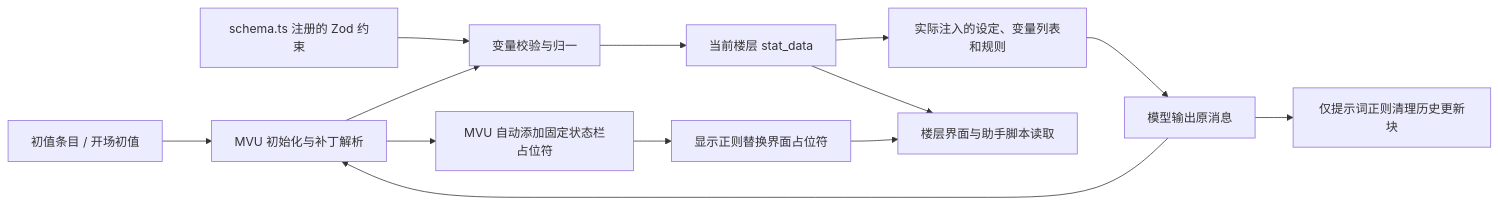
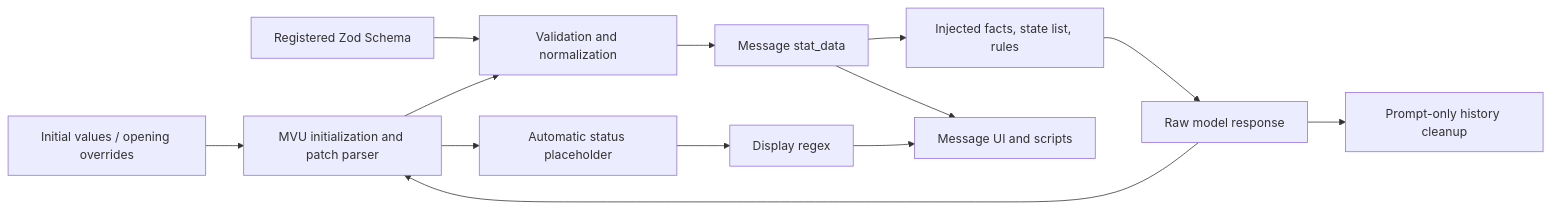
The diagram in docs/COMPLEX-CARDS.md (fadust/TavernCardStudio-Public-EN), drawn with Mermaid before and after one commit. The commit also changed other lines of this file and 712 other files, not shown here.

Commit message:
Localize TavernCardStudio to English with legacy schema compatibility

````diff
--- a/docs/COMPLEX-CARDS.md
+++ b/docs/COMPLEX-CARDS.md
@@ -7,15 +5,15 @@
 ```mermaid
 flowchart LR
-  I[初值条目 / 开场初值] --> M[MVU 初始化与补丁解析]
-  P[实际注入的设定、变量列表和规则] --> O[模型输出原消息]
+  I[Initial values / opening overrides] --> M[MVU initialization and patch parser]
+  P[Injected facts, state list, rules] --> O[Raw model response]
   O --> M
-  S[schema.ts 注册的 Zod 约束] --> V[变量校验与归一]
+  S[Registered Zod Schema] --> V[Validation and normalization]
   M --> V
-  V --> D[当前楼层 stat_data]
+  V --> D[Message stat_data]
   D --> P
-  D --> U[楼层界面与助手脚本读取]
-  M --> A[MVU 自动添加固定状态栏占位符]
-  A --> R[显示正则替换界面占位符]
+  D --> U[Message UI and scripts]
+  M --> A[Automatic status placeholder]
+  A --> R[Display regex]
   R --> U
-  O --> H[仅提示词正则清理历史更新块]
+  O --> H[Prompt-only history cleanup]
 ```
````
